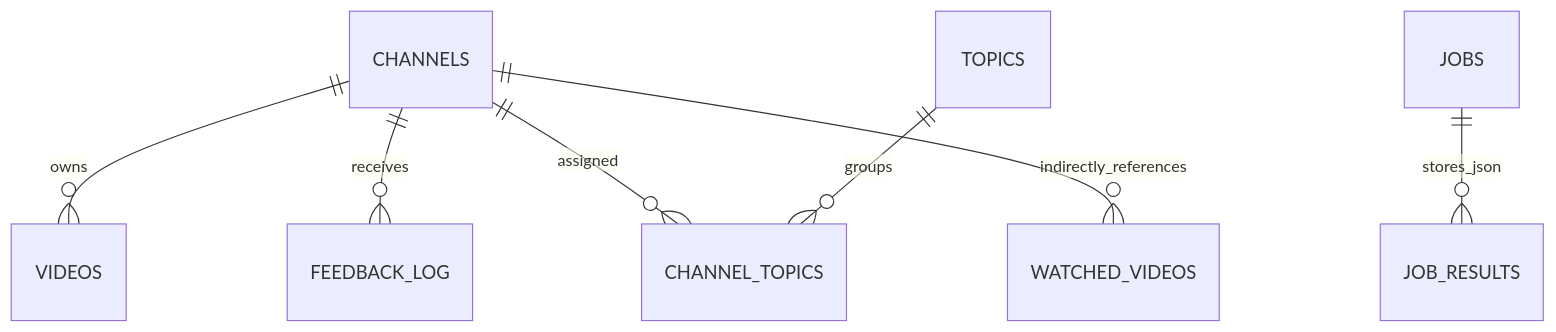
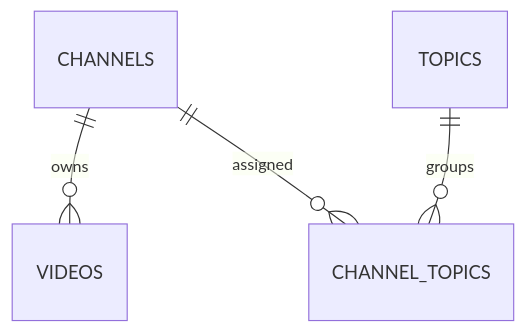
One commit to maxime-fleury/YouFind changed the diagram in agents/DATABASE.md. Above: the diagram before and after it, drawn with Mermaid. The commit also changed other lines of this file and 9 other files, not shown here.

First line of the commit message:
Clarifie la documentation d’architecture et ses contrats

````diff
--- a/agents/DATABASE.md
+++ b/agents/DATABASE.md
@@ -16,9 +16,6 @@
 ```mermaid
 erDiagram
     CHANNELS ||--o{ VIDEOS : owns
-    CHANNELS ||--o{ FEEDBACK_LOG : receives
     CHANNELS ||--o{ CHANNEL_TOPICS : assigned
     TOPICS ||--o{ CHANNEL_TOPICS : groups
-    CHANNELS ||--o{ WATCHED_VIDEOS : indirectly_references
-    JOBS ||--o{ JOB_RESULTS : stores_json
 ```
````
